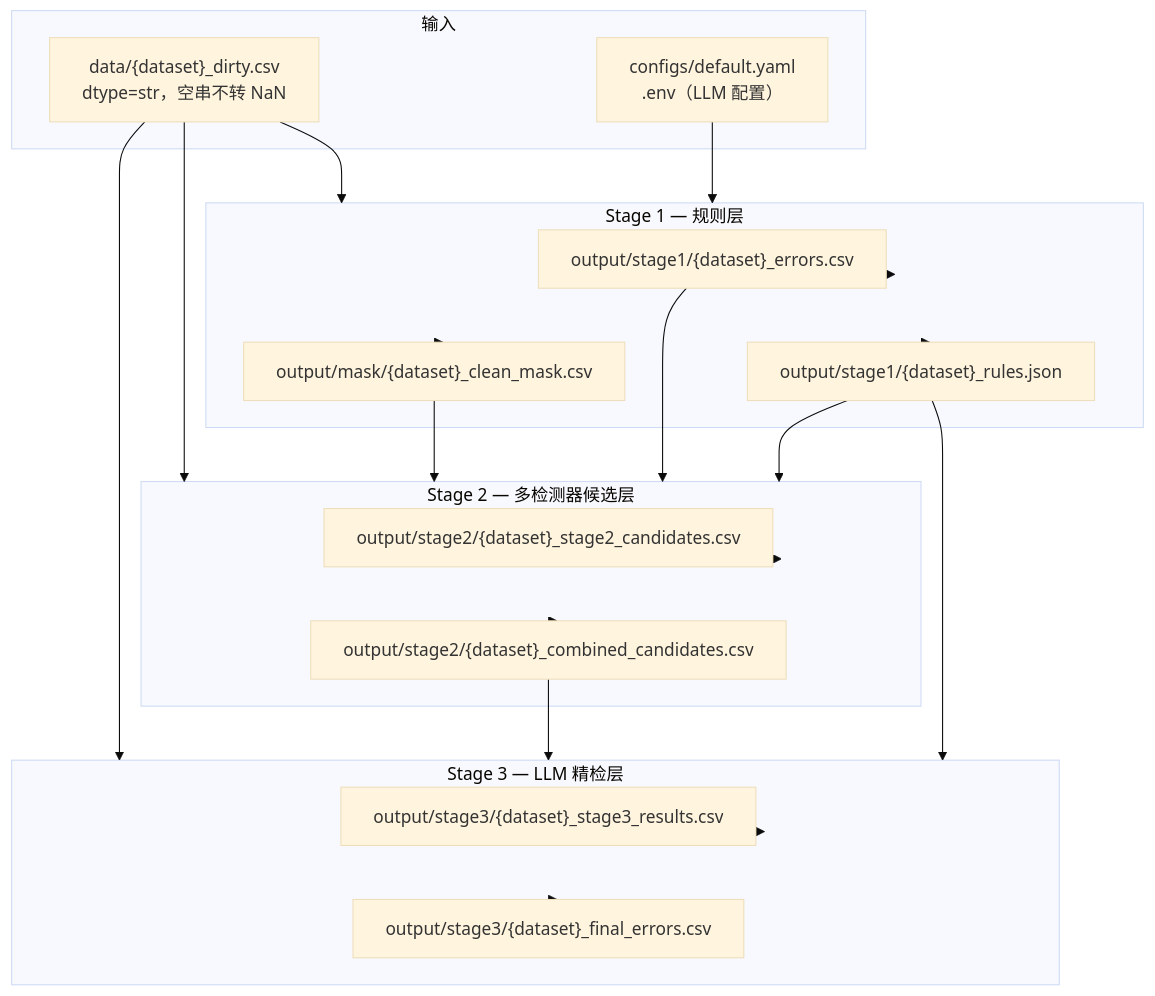
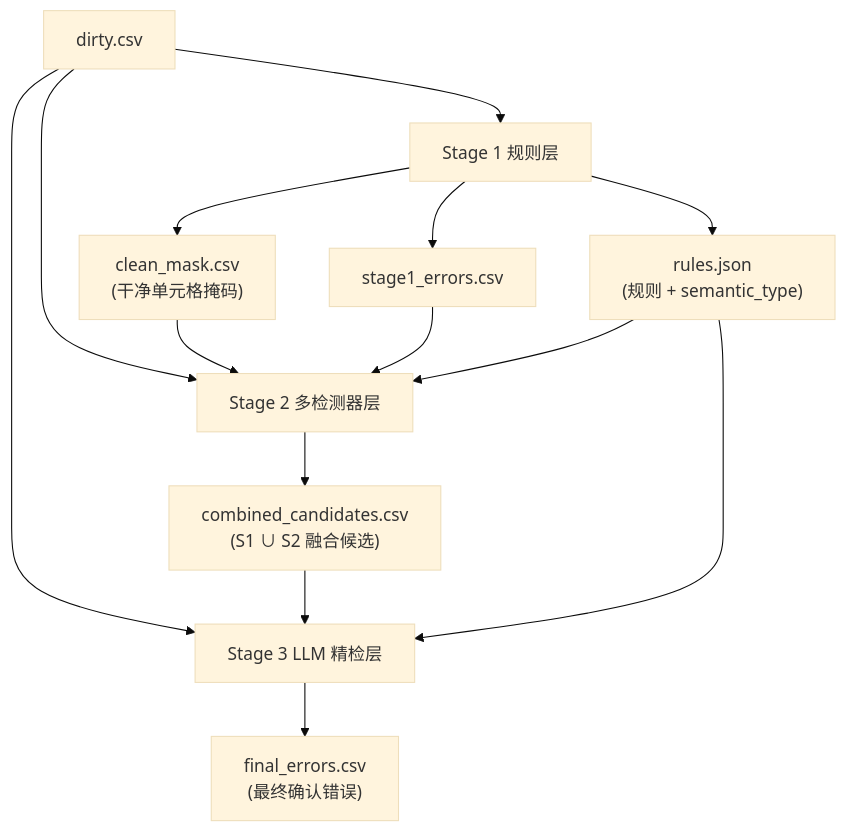
Before and after one commit to 1993371829/error_detect: the second of 2 diagrams in PIPELINE.md, drawn with Mermaid (base theme). The commit also changed other lines of this file and 3 other files, not shown here.

````diff
--- a/PIPELINE.md
+++ b/PIPELINE.md
@@ -78,38 +62,18 @@
 ```mermaid
-flowchart TB
-    subgraph INPUT["输入"]
-        D["data/{dataset}_dirty.csv<br/>dtype=str，空串不转 NaN"]
-        CFG["configs/default.yaml<br/>.env（LLM 配置）"]
-    end
+flowchart TD
+    IN["dirty.csv"] --> S1["Stage 1 规则层"]
+    S1 --> E1["stage1_errors.csv"]
+    S1 --> R1["rules.json<br/>(规则 + semantic_type)"]
+    S1 --> M1["clean_mask.csv<br/>(干净单元格掩码)"]
 
-    subgraph S1["Stage 1 — 规则层"]
-        E1["output/stage1/{dataset}_errors.csv"]
-        R["output/stage1/{dataset}_rules.json"]
-        M["output/mask/{dataset}_clean_mask.csv"]
-    end
+    IN --> S2["Stage 2 多检测器层"]
+    M1 --> S2
+    E1 --> S2
+    R1 --> S2
+    S2 --> F2["combined_candidates.csv<br/>(S1 ∪ S2 融合候选)"]
 
-    subgraph S2["Stage 2 — 多检测器候选层"]
-        E2["output/stage2/{dataset}_stage2_candidates.csv"]
-        COMB["output/stage2/{dataset}_combined_candidates.csv"]
-    end
-
-    subgraph S3["Stage 3 — LLM 精检层"]
-        RES["output/stage3/{dataset}_stage3_results.csv"]
-        FIN["output/stage3/{dataset}_final_errors.csv"]
-    end
-
-    D --> S1
-    CFG --> S1
-    S1 --> E1 & R & M
-
-    D --> S2
-    M --> S2
-    E1 --> S2
-    R --> S2
-    S2 --> E2 & COMB
-
-    D --> S3
-    COMB --> S3
-    R --> S3
-    S3 --> RES & FIN
+    IN --> S3["Stage 3 LLM 精检层"]
+    F2 --> S3
+    R1 --> S3
+    S3 --> O3["final_errors.csv<br/>(最终确认错误)"]
 ```
````
